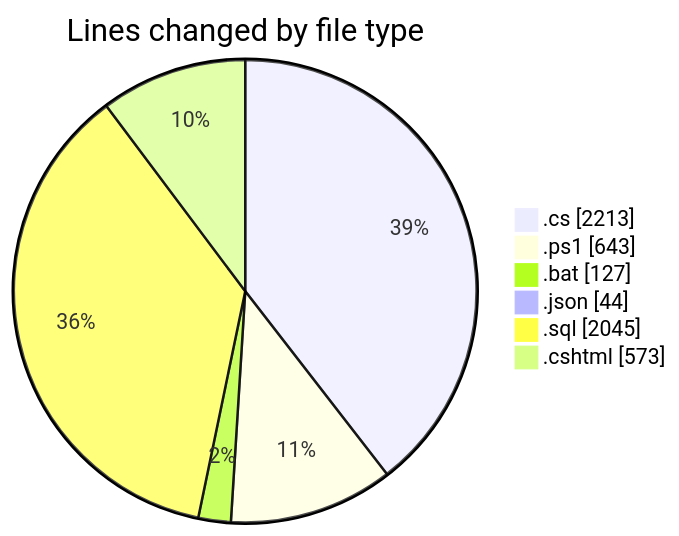
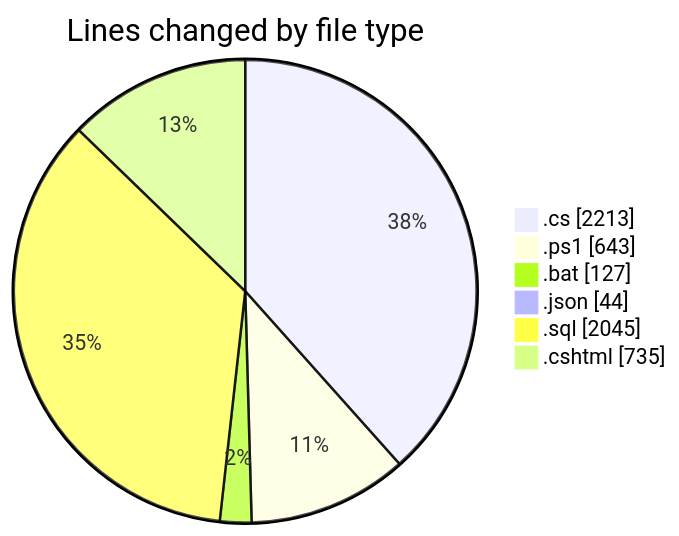
The first of 2 diagrams in 2025-07-28/quanlyrapchieuphim-2/README.md (lephambinh05/code-tracking), drawn with Mermaid before and after one commit. The commit also changed other lines of this file and 1 other file, not shown here.

````diff
--- a/2025-07-28/quanlyrapchieuphim-2/README.md
+++ b/2025-07-28/quanlyrapchieuphim-2/README.md
@@ -46,10 +46,10 @@
 ```mermaid
 pie showData
 title Lines changed by file type
 ".cs" : 2213
 ".ps1" : 643
 ".bat" : 127
 ".json" : 44
 ".sql" : 2045
-".cshtml" : 573
+".cshtml" : 735
 ```
````
